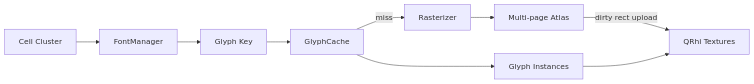
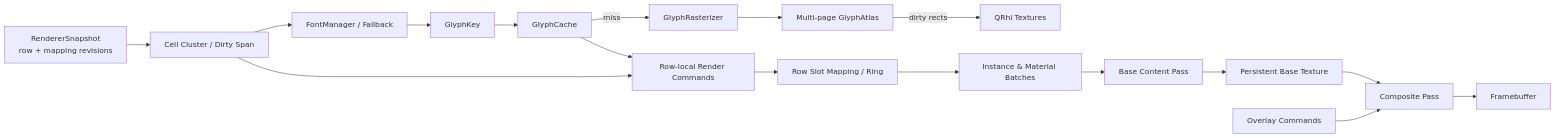
One commit to han-shao-jun/NovaTerm changed the first of 5 diagrams in docs/architecture/stages/P5_Glyph_and_GPU_Pipeline.md. Above: the diagram before and after it, drawn with Mermaid. The commit also changed other lines of this file and 24 other files, not shown here.

````diff
--- a/docs/architecture/stages/P5_Glyph_and_GPU_Pipeline.md
+++ b/docs/architecture/stages/P5_Glyph_and_GPU_Pipeline.md
@@ -11,11 +59,21 @@
 ```mermaid
 flowchart LR
-    C[Cell Cluster] --> FM[FontManager]
-    FM --> K[Glyph Key]
+    S[RendererSnapshot<br/>row + mapping revisions]
+    S --> CL[Cell Cluster / Dirty Span]
+    CL --> FM[FontManager / Fallback]
+    FM --> K[GlyphKey]
     K --> GC[GlyphCache]
-    GC -->|miss| GR[Rasterizer]
-    GR --> GA[Multi-page Atlas]
-    GA -->|dirty rect upload| GPU[QRhi Textures]
-    GC --> I[Glyph Instances]
-    I --> GPU
+    GC -->|miss| GR[GlyphRasterizer]
+    GR --> GA[Multi-page GlyphAtlas]
+    GA -->|dirty rects| TX[QRhi Textures]
+
+    CL --> RC[Row-local Render Commands]
+    GC --> RC
+    RC --> RM[Row Slot Mapping / Ring]
+    RM --> IB[Instance & Material Batches]
+    IB --> BP[Base Content Pass]
+    BP --> BT[Persistent Base Texture]
+    BT --> CP[Composite Pass]
+    OV[Overlay Commands] --> CP
+    CP --> F[Framebuffer]
 ```
````
